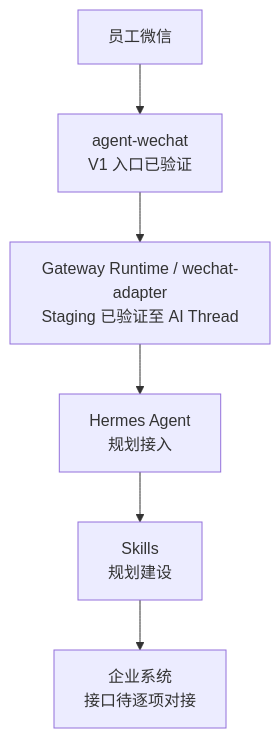
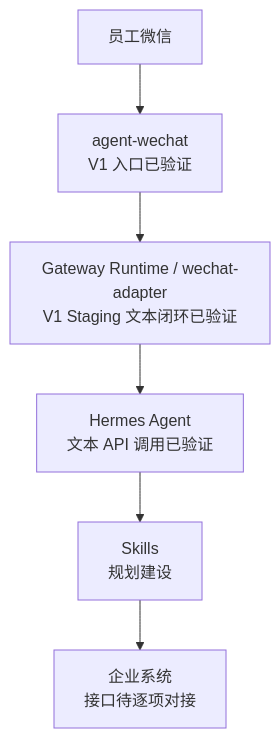
Before and after one commit to Tangbohu09527/CF_ecommerce-automation-docs: the first of 3 diagrams in architecture/wechat-hermes-integration.md, drawn with Mermaid. The commit also changed other lines of this file and 20 other files, not shown here.

Commit message:
docs: update V1 staging architecture and validation records

````diff
--- a/architecture/wechat-hermes-integration.md
+++ b/architecture/wechat-hermes-integration.md
@@ -35,8 +35,8 @@
 ```mermaid
 flowchart TB
     E["员工微信"] --> A["agent-wechat<br/>V1 入口已验证"]
-    A --> W["Gateway Runtime / wechat-adapter<br/>Staging 已验证至 AI Thread"]
-    W --> H["Hermes Agent<br/>规划接入"]
+    A --> W["Gateway Runtime / wechat-adapter<br/>V1 Staging 文本闭环已验证"]
+    W --> H["Hermes Agent<br/>文本 API 调用已验证"]
     H --> S["Skills<br/>规划建设"]
     S --> B["企业系统<br/>接口待逐项对接"]
 ```
````
